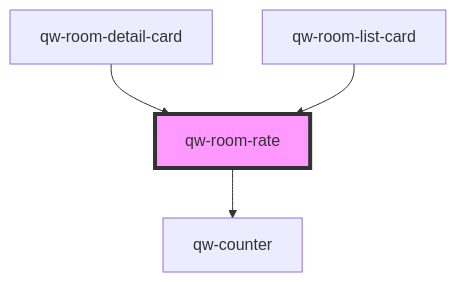
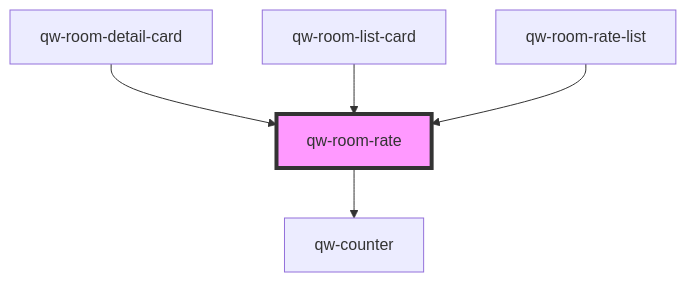
Before and after one commit to qwentes-team/qw-hotels: the diagram in src/components/qw-room-rate/readme.md, drawn with Mermaid. The commit also changed other lines of this file and 8 other files, not shown here.

Commit message:
feat(qw-room-rate-list): component

````diff
--- a/src/components/qw-room-rate/readme.md
+++ b/src/components/qw-room-rate/readme.md
@@ -40,7 +41,8 @@
 ```mermaid
 graph TD;
   qw-room-rate --> qw-counter
   qw-room-detail-card --> qw-room-rate
   qw-room-list-card --> qw-room-rate
+  qw-room-rate-list --> qw-room-rate
   style qw-room-rate fill:#f9f,stroke:#333,stroke-width:4px
 ```
````
